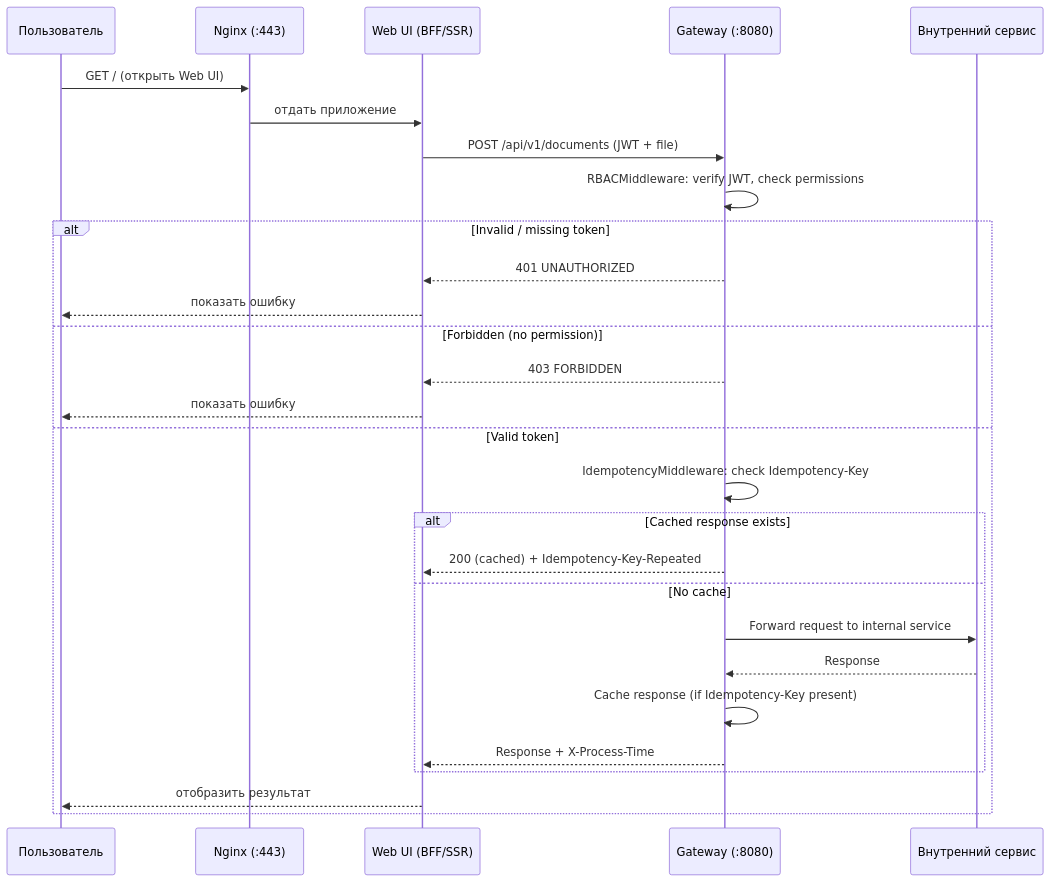
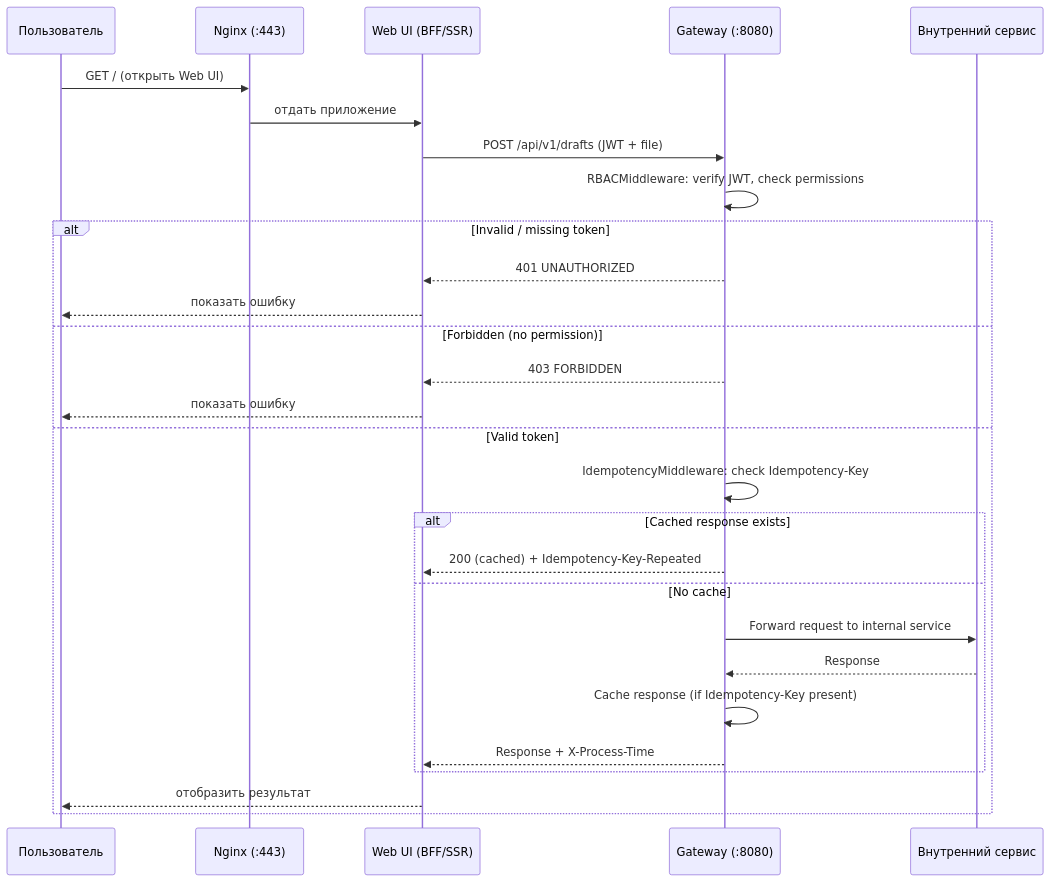
The diagram in docs/api/gateway_service_api.md (MasterKSAF/PKB), drawn with Mermaid before and after one commit. The commit also changed other lines of this file and 13 other files, not shown here.

````diff
--- a/docs/api/gateway_service_api.md
+++ b/docs/api/gateway_service_api.md
@@ -142,31 +144,31 @@
 ```mermaid
 sequenceDiagram
     participant User as Пользователь
     participant Nginx as Nginx (:443)
     participant UI as Web UI (BFF/SSR)
     participant GW as Gateway (:8080)
     participant Internal as Внутренний сервис
 
     User->>Nginx: GET / (открыть Web UI)
     Nginx->>UI: отдать приложение
-    UI->>GW: POST /api/v1/documents (JWT + file)
+    UI->>GW: POST /api/v1/drafts (JWT + file)
     GW->>GW: RBACMiddleware: verify JWT, check permissions
     alt Invalid / missing token
         GW-->>UI: 401 UNAUTHORIZED
         UI-->>User: показать ошибку
     else Forbidden (no permission)
         GW-->>UI: 403 FORBIDDEN
         UI-->>User: показать ошибку
     else Valid token
         GW->>GW: IdempotencyMiddleware: check Idempotency-Key
         alt Cached response exists
             GW-->>UI: 200 (cached) + Idempotency-Key-Repeated
         else No cache
             GW->>Internal: Forward request to internal service
             Internal-->>GW: Response
             GW->>GW: Cache response (if Idempotency-Key present)
             GW-->>UI: Response + X-Process-Time
         end
         UI-->>User: отобразить результат
     end
 ```
````
